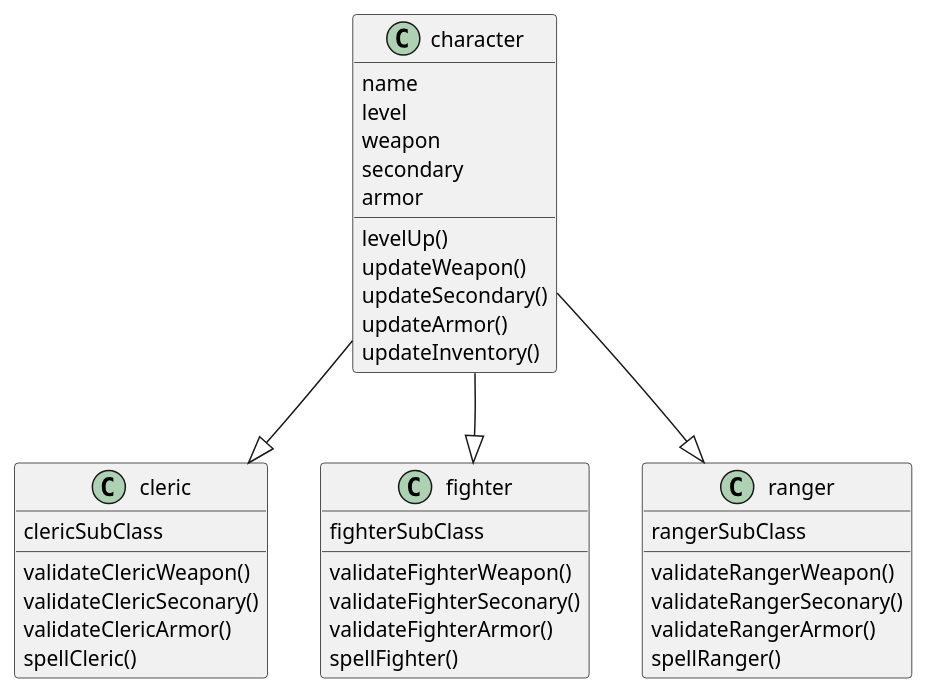
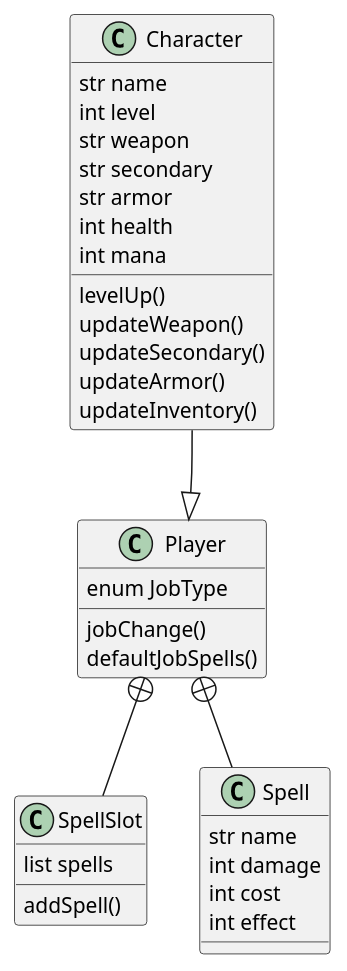
Before and after one commit to soph44/rpgSaves: the diagram in class_diagram.puml, drawn with PlantUML. The commit also changed 18 other files, not shown here.

```diff
--- a/class_diagram.puml
+++ b/class_diagram.puml
@@ -1,48 +1,44 @@
 @startuml
 
-class character
-class character extends cleric
-class character extends fighter
-class character extends ranger
-character -[hidden]-> fighter
-character -[hidden]-> cleric
-character -[hidden]-> ranger
+class Character
+class SpellSlot
+class Spell
+class Character extends Player
+Character -[hidden]-> Player
 
-class character{
-    name
-    level
-    weapon
-    secondary
-    armor
+Player +-- SpellSlot
+Player +-- Spell
+
+class Character{
+    str name
+    int level
+    str weapon
+    str secondary
+    str armor
+    int health
+    int mana
     levelUp()
     updateWeapon()
     updateSecondary()
     updateArmor()
     updateInventory()
 }
 
-class cleric{
-    clericSubClass
-    validateClericWeapon()
-    validateClericSeconary()
-    validateClericArmor()
-    spellCleric()
+class Player{
+    enum JobType
+    jobChange()
+    defaultJobSpells()
 }
 
-class fighter{
-    fighterSubClass
-    validateFighterWeapon()
-    validateFighterSeconary()
-    validateFighterArmor()
-    spellFighter()
+class Spell{
+    str name
+    int damage
+    int cost
+    int effect  
 }
 
-class ranger{
-    rangerSubClass
-    validateRangerWeapon()
-    validateRangerSeconary()
-    validateRangerArmor()
-    spellRanger()
+class SpellSlot{
+    list spells
+    addSpell()
 }
-
 @enduml
```
